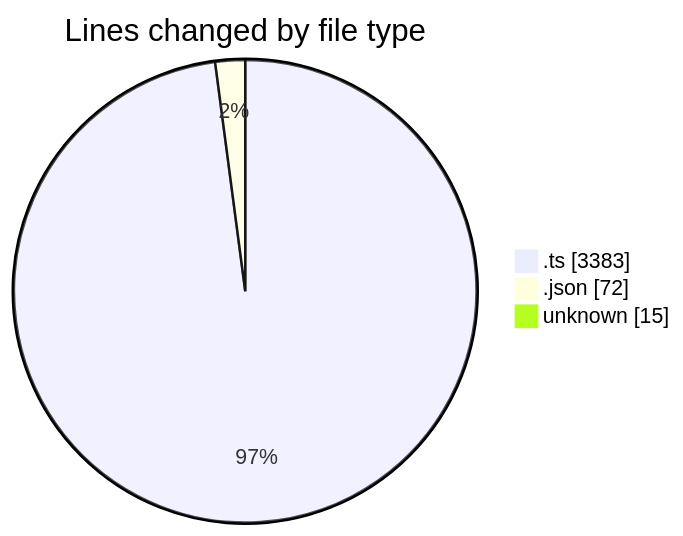
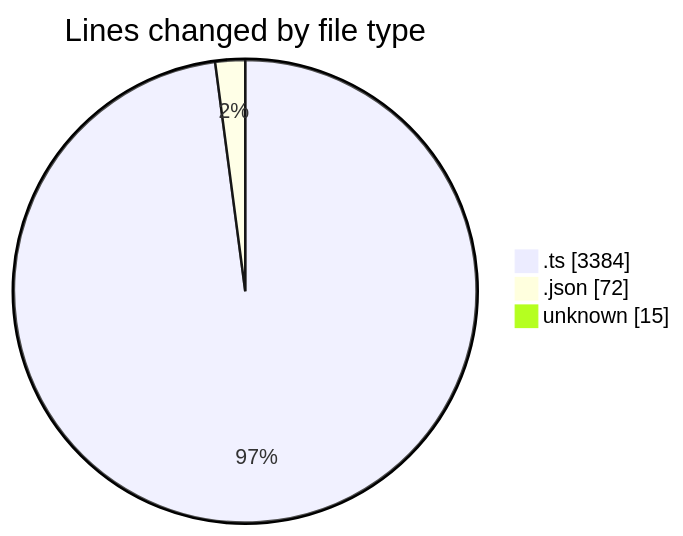
Before and after one commit to lephambinh05/code-tracking: the first of 2 diagrams in 2025-09-10/hiai-phf/README.md, drawn with Mermaid. The commit also changed other lines of this file and 1 other file, not shown here.

````diff
--- a/2025-09-10/hiai-phf/README.md
+++ b/2025-09-10/hiai-phf/README.md
@@ -29,7 +29,7 @@
 ```mermaid
 pie showData
 title Lines changed by file type
-".ts" : 3383
+".ts" : 3384
 ".json" : 72
 "unknown" : 15
 ```
````
